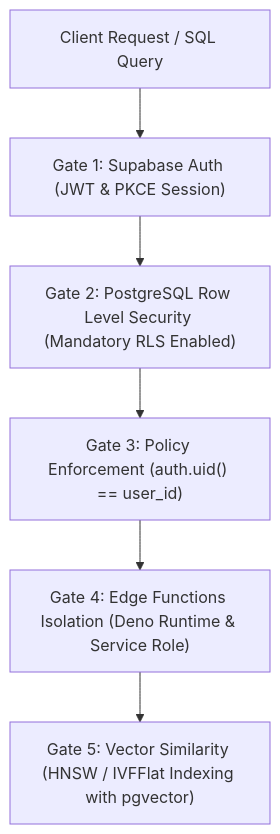
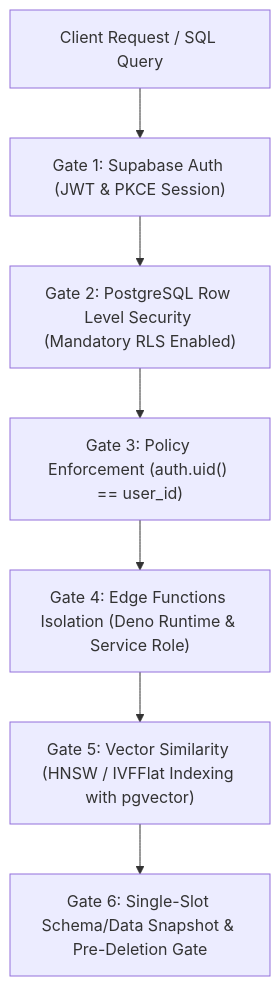
The diagram in skills/supabase/SKILL.md (darknecrocities/SkillBuilder), drawn with Mermaid before and after one commit. The commit also changed other lines of this file and 19 other files, not shown here.

First line of the commit message:
feat(storage): add single-slot sha256 deduplicated backups & sensitive deletion gate

````diff
--- a/skills/supabase/SKILL.md
+++ b/skills/supabase/SKILL.md
@@ -16,8 +16,9 @@
 ```mermaid
 flowchart TD
     A["Client Request / SQL Query"] --> B["Gate 1: Supabase Auth (JWT & PKCE Session)"]
     B --> C["Gate 2: PostgreSQL Row Level Security (Mandatory RLS Enabled)"]
     C --> D["Gate 3: Policy Enforcement (auth.uid() == user_id)"]
     D --> E["Gate 4: Edge Functions Isolation (Deno Runtime & Service Role)"]
     E --> F["Gate 5: Vector Similarity (HNSW / IVFFlat Indexing with pgvector)"]
+    F --> G["Gate 6: Single-Slot Schema/Data Snapshot & Pre-Deletion Gate"]
 ```
````
